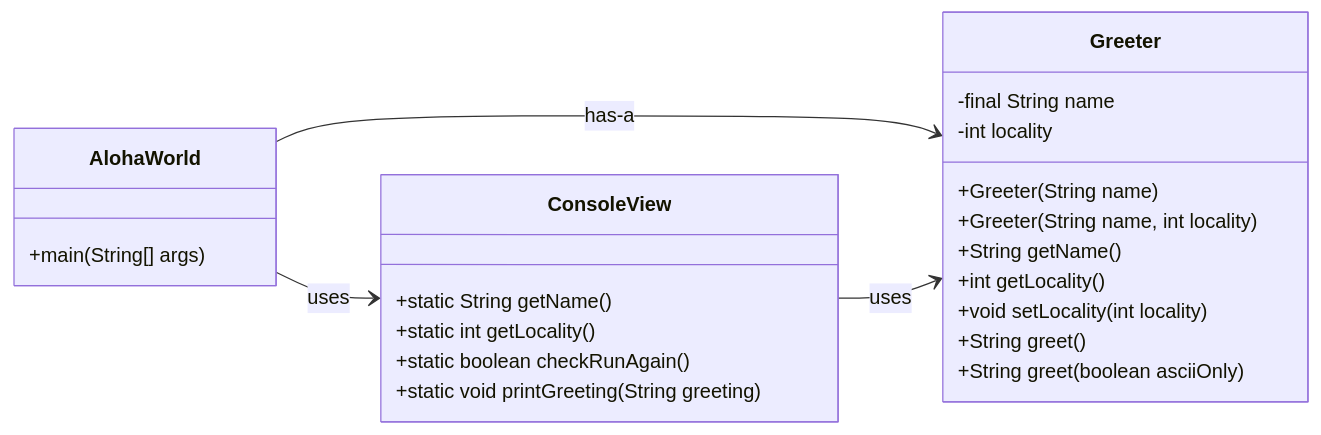
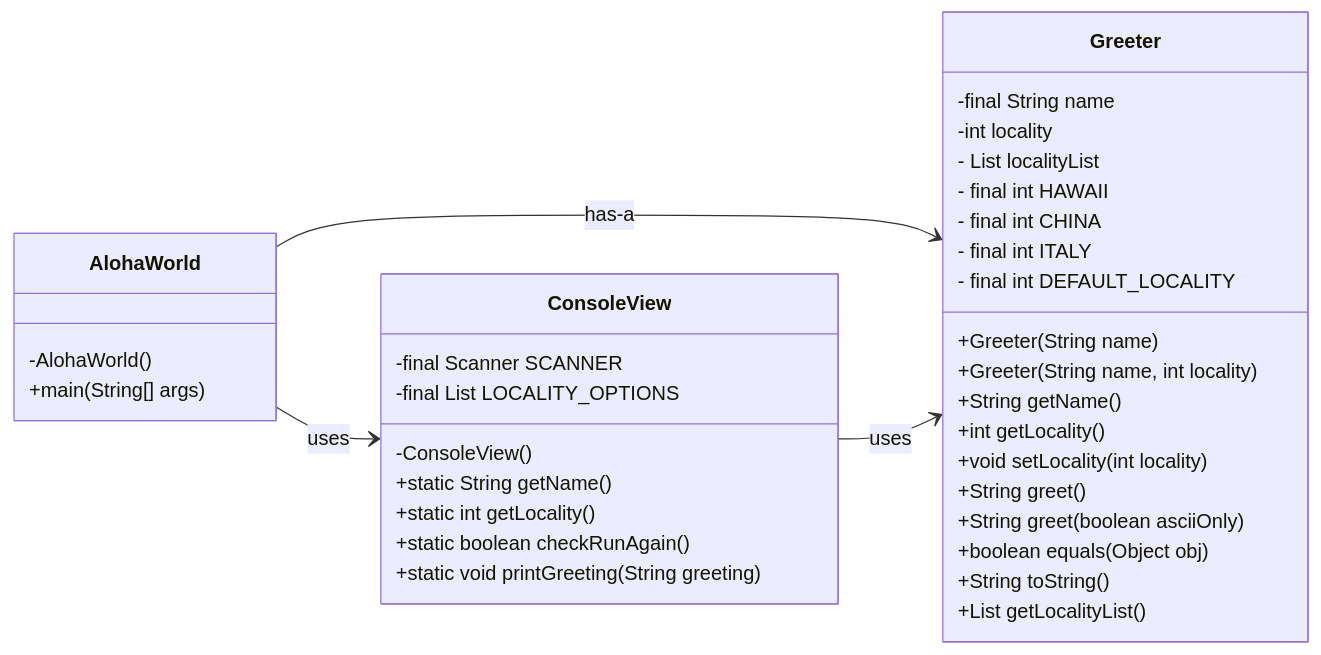
One commit to 5004-SEA-Fa24-Geeng/hello-world-chichizhang0510 changed the diagram in Report.md. Above: the diagram before and after it, drawn with Mermaid.

Commit message:
add all private variables and methods into UML diagram in Report.md

````diff
--- a/Report.md
+++ b/Report.md
@@ -10,30 +10,42 @@
 ```mermaid
 classDiagram
 		direction LR
     AlohaWorld --> ConsoleView : uses
     AlohaWorld --> Greeter : has-a
     ConsoleView --> Greeter : uses
     
     class AlohaWorld {
+        -AlohaWorld()
         +main(String[] args)
     }
     
     class ConsoleView {
+        -final Scanner SCANNER
+        -final List<String> LOCALITY_OPTIONS
+        -ConsoleView()
         +static String getName()
         +static int getLocality()
         +static boolean checkRunAgain()
         +static void printGreeting(String greeting)
     }
     
     class Greeter {
         -final String name
         -int locality
+        - List<String> localityList
+        - final int HAWAII
+        - final int CHINA
+        - final int ITALY
+        - final int DEFAULT_LOCALITY
         +Greeter(String name)
         +Greeter(String name, int locality)
         +String getName()
         +int getLocality()
         +void setLocality(int locality)
         +String greet()
         +String greet(boolean asciiOnly)
+        +boolean equals(Object obj)
+        +String toString()
+        +List<String> getLocalityList()
     }
 ```
````
